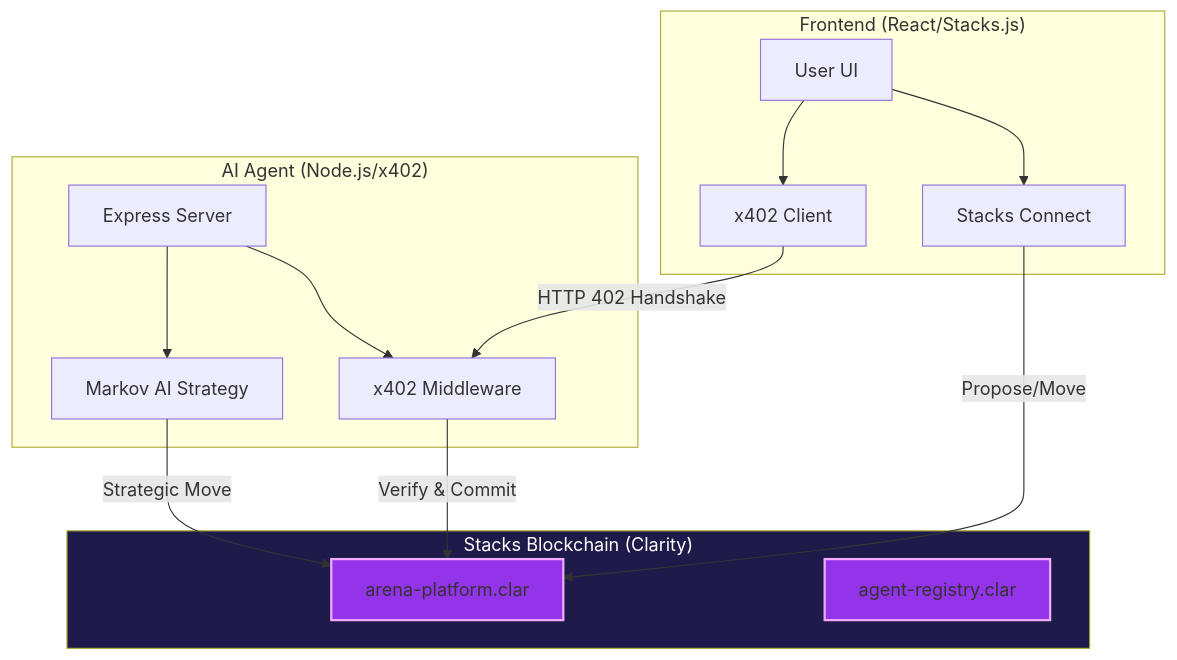
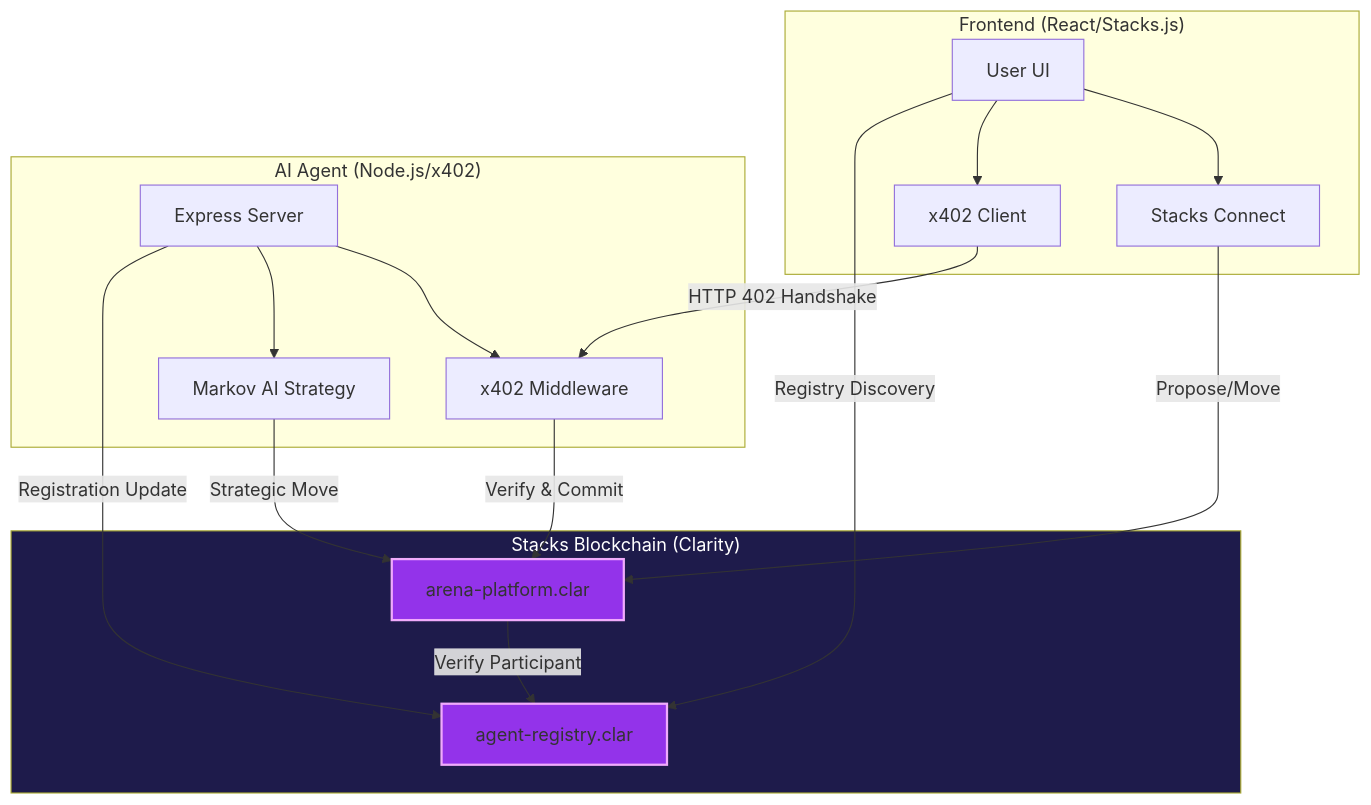
The diagram in README.md (HACK3R-CRYPTO/GameArenaStacks), drawn with Mermaid before and after one commit. The commit also changed other lines of this file, not shown here.

Commit message:
Docs: integrate Agent Registry into root architecture and technical details

````diff
--- a/README.md
+++ b/README.md
@@ -9,26 +9,31 @@
 ```mermaid
 graph TB
     subgraph Frontend ["Frontend (React/Stacks.js)"]
         A[User UI] --> B[Stacks Connect]
         A --> C[x402 Client]
     end
     
     subgraph Agent ["AI Agent (Node.js/x402)"]
         D[Express Server] --> E[x402 Middleware]
         D --> F[Markov AI Strategy]
     end
     
     subgraph Blockchain ["Stacks Blockchain (Clarity)"]
         G[arena-platform.clar]
         H[agent-registry.clar]
     end
     
     B -- "Propose/Move" --> G
     C -- "HTTP 402 Handshake" --> E
     E -- "Verify & Commit" --> G
     F -- "Strategic Move" --> G
     
+    %% Registry Interactions
+    A -- "Registry Discovery" --> H
+    D -- "Registration Update" --> H
+    G -- "Verify Participant" --> H
+    
     style G fill:#9333ea,stroke:#f0abfc,stroke-width:2px
     style H fill:#9333ea,stroke:#f0abfc,stroke-width:2px
     style Blockchain fill:#1e1b4b,color:#fff
 ```
````
